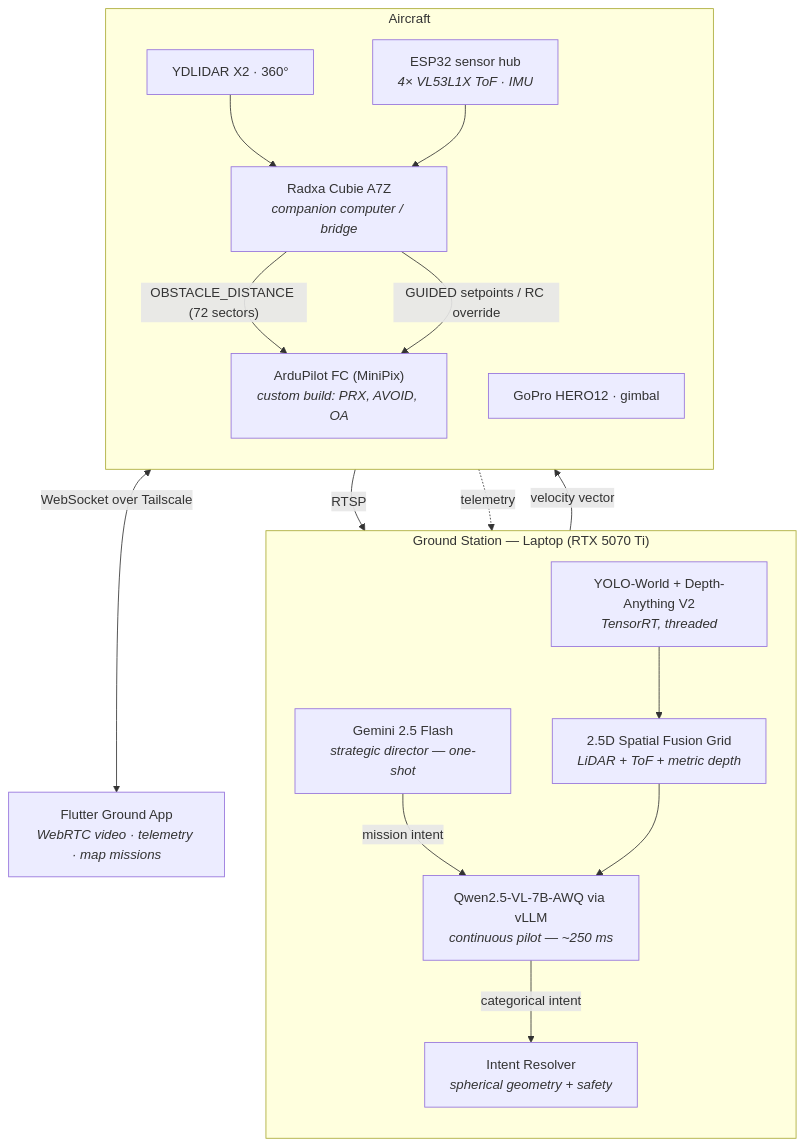
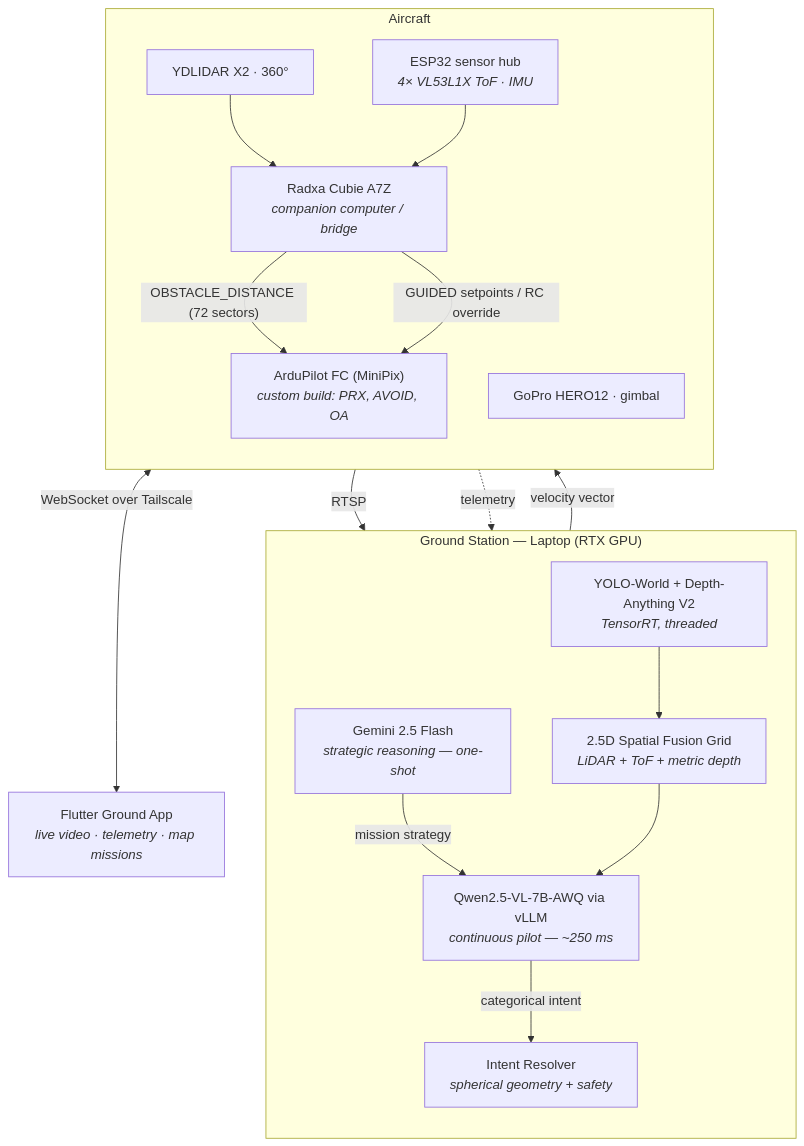
Before and after one commit to Shreyasnu7/Autonomous-AI-Drone: the diagram in README.md, drawn with Mermaid. The commit also changed other lines of this file and 5 other files, not shown here.

````diff
--- a/README.md
+++ b/README.md
@@ -64,35 +103,35 @@
 ```mermaid
 flowchart TB
-    subgraph GROUND["Ground Station — Laptop (RTX 5070 Ti)"]
+    subgraph GROUND["Ground Station — Laptop (RTX GPU)"]
         direction TB
-        G1["Gemini 2.5 Flash<br/><i>strategic director — one-shot</i>"]
+        G1["Gemini 2.5 Flash<br/><i>strategic reasoning — one-shot</i>"]
         G2["Qwen2.5-VL-7B-AWQ via vLLM<br/><i>continuous pilot — ~250 ms</i>"]
         G3["YOLO-World + Depth-Anything V2<br/><i>TensorRT, threaded</i>"]
         G4["Intent Resolver<br/><i>spherical geometry + safety</i>"]
         G5["2.5D Spatial Fusion Grid<br/><i>LiDAR + ToF + metric depth</i>"]
     end
 
     subgraph AIR["Aircraft"]
         direction TB
         B1["Radxa Cubie A7Z<br/><i>companion computer / bridge</i>"]
         B2["ArduPilot FC (MiniPix)<br/><i>custom build: PRX, AVOID, OA</i>"]
         B3["YDLIDAR X2 · 360°"]
         B4["GoPro HERO12 · gimbal"]
         B5["ESP32 sensor hub<br/><i>4× VL53L1X ToF · IMU</i>"]
     end
 
-    APP["Flutter Ground App<br/><i>WebRTC video · telemetry · map missions</i>"]
+    APP["Flutter Ground App<br/><i>live video · telemetry · map missions</i>"]
 
-    G1 -->|mission intent| G2
+    G1 -->|mission strategy| G2
     G3 --> G5
     G5 --> G2
     G2 -->|categorical intent| G4
     G4 -->|velocity vector| B1
     B3 --> B1
     B5 --> B1
     B1 -->|"OBSTACLE_DISTANCE (72 sectors)"| B2
     B1 -->|"GUIDED setpoints / RC override"| B2
     B4 -->|RTSP| G3
     B1 <-->|WebSocket over Tailscale| APP
     B1 -.->|telemetry| G5
 ```
````
